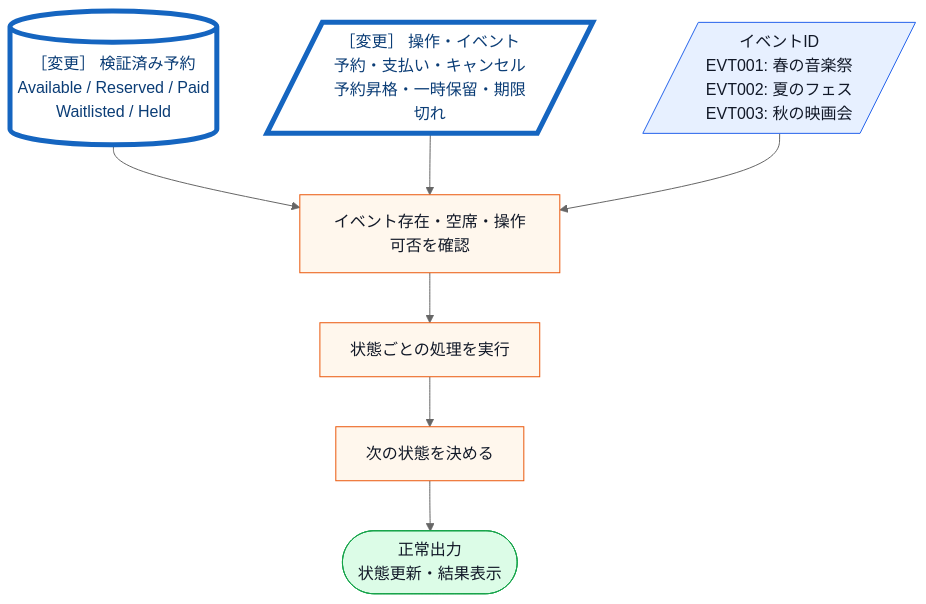
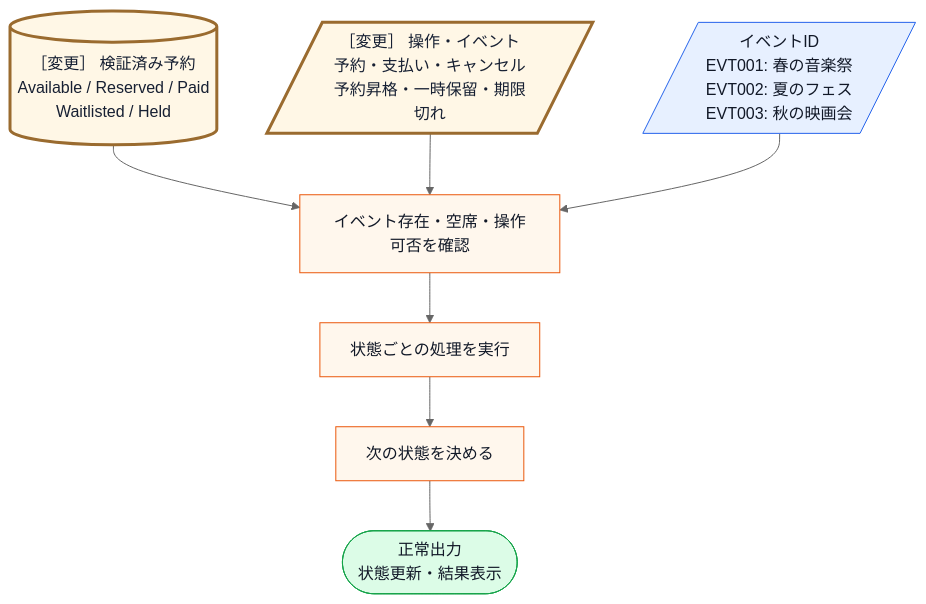
One commit to kumachan1101-pixel/DesignPattern changed the eighth of 19 diagrams in kindle/design-patterns/books/volume01-core-patterns/output/04-chapter02.md. Above: the diagram before and after it, drawn with Mermaid (neutral theme). The commit also changed other lines of this file and 16 other files, not shown here.

````diff
--- a/kindle/design-patterns/books/volume01-core-patterns/output/04-chapter02.md
+++ b/kindle/design-patterns/books/volume01-core-patterns/output/04-chapter02.md
@@ -888,17 +876,17 @@
 ```mermaid
 flowchart TB
     A[(［変更］ 検証済み予約<br>Available / Reserved / Paid<br>Waitlisted / Held)]:::data --> B[イベント存在・空席・操作可否を確認]:::process
     C[/［変更］ 操作・イベント<br>予約・支払い・キャンセル<br>予約昇格・一時保留・期限切れ/]:::input --> B
     D[/イベントID<br>EVT001: 春の音楽祭<br>EVT002: 夏のフェス<br>EVT003: 秋の映画会/]:::input --> B
     B --> F[状態ごとの処理を実行]:::process
     F --> G[次の状態を決める]:::process
     G --> H([正常出力<br>状態更新・結果表示]):::normal
 
     classDef data fill:#ecfeff,stroke:#0891b2,color:#111827;
     classDef input fill:#e7f0ff,stroke:#2563eb,color:#111827;
     classDef process fill:#fff7ed,stroke:#ea580c,color:#111827;
     classDef decision fill:#fef9c3,stroke:#ca8a04,color:#111827;
     classDef normal fill:#dcfce7,stroke:#16a34a,color:#111827;
     class A,C touched;
-    classDef touched fill:#ffffff,stroke:#1565c0,stroke-width:5px,color:#0b3d76;
+    classDef touched fill:#fff7e6,stroke:#9a6b2f,stroke-width:3px,color:#172033;
 ```
````
